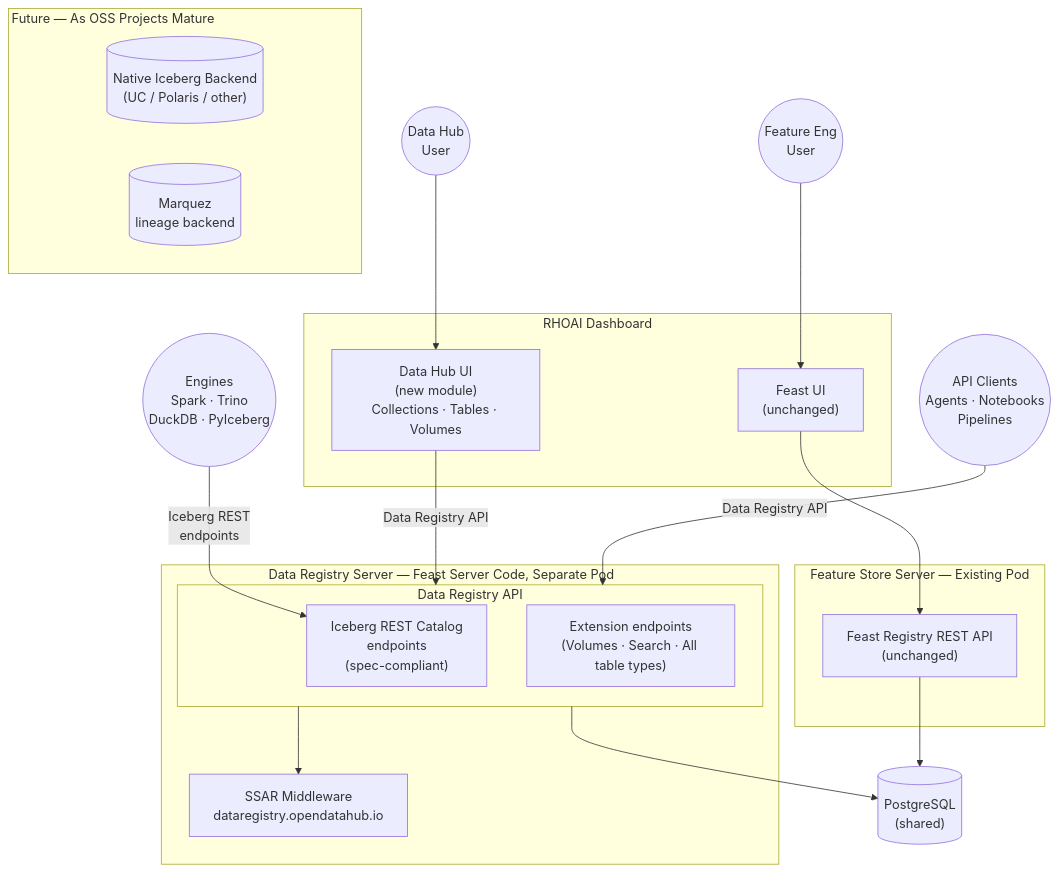
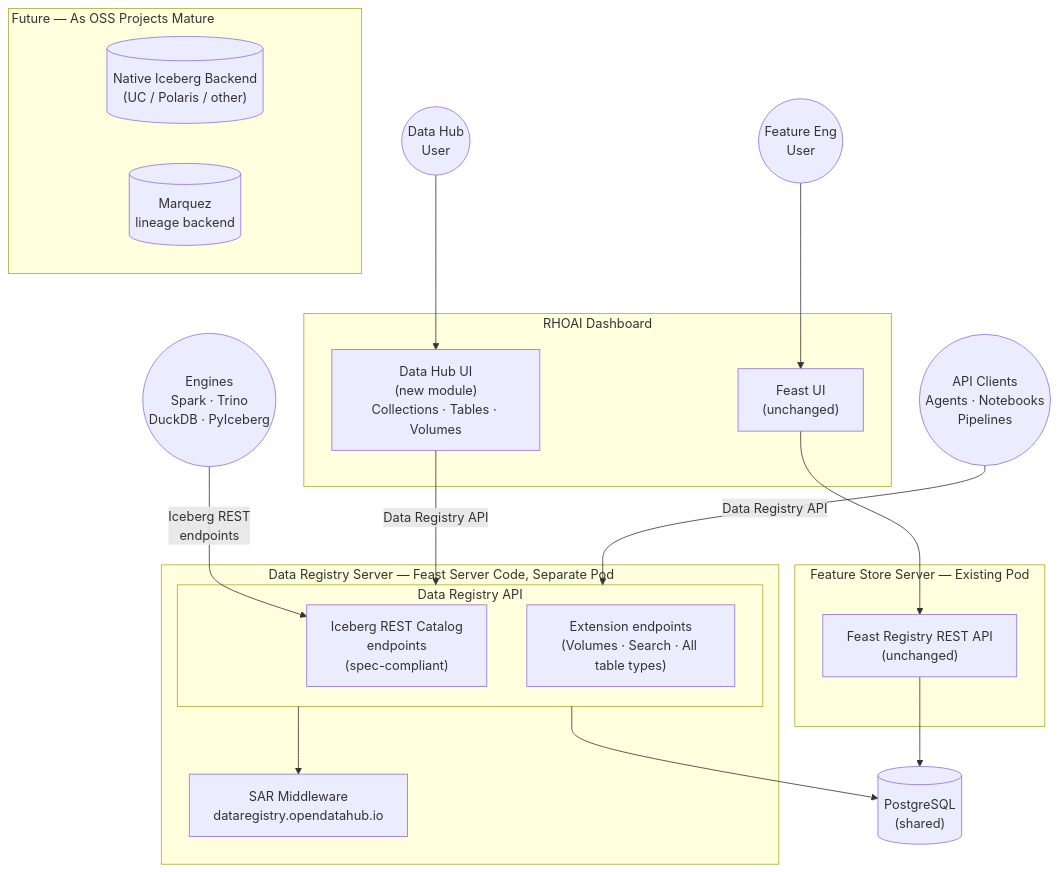
The diagram in architecture-decision-records/data-registry/ODH-ADR-DR-0001-data-registry.md (opendatahub-io/architecture-decision-records), drawn with Mermaid before and after one commit. The commit also changed other lines of this file, not shown here.

First line of the commit message:
ADR-0001: update SSAR to SAR terminology throughout

````diff
--- a/architecture-decision-records/data-registry/ODH-ADR-DR-0001-data-registry.md
+++ b/architecture-decision-records/data-registry/ODH-ADR-DR-0001-data-registry.md
@@ -66,39 +66,39 @@
 ```mermaid
 flowchart TD
     FEUser((Feature Eng<br/>User)) --> FeastUI
     CatUser((Data Hub<br/>User)) --> DataHubUI
     API((API Clients<br/>Agents · Notebooks<br/>Pipelines))
     Engines((Engines<br/>Spark · Trino<br/>DuckDB · PyIceberg))
 
     subgraph dashboard["RHOAI Dashboard"]
         FeastUI["Feast UI<br/>(unchanged)"]
         DataHubUI["Data Hub UI<br/>(new module)<br/>Collections · Tables · Volumes"]
     end
 
     subgraph registry["Data Registry Server — Feast Server Code, Separate Pod&nbsp;&nbsp;&nbsp;&nbsp;&nbsp;&nbsp;&nbsp;&nbsp;&nbsp;&nbsp;&nbsp;&nbsp;&nbsp;&nbsp;&nbsp;&nbsp;"]
         subgraph registryapi["Data Registry API"]
             IcebergEndpoints["Iceberg REST Catalog<br/>endpoints<br/>(spec-compliant)"]
             Extensions["Extension endpoints<br/>(Volumes · Search · All table types)"]
         end
-        SSAR["SSAR Middleware<br/>dataregistry.opendatahub.io"]
-        registryapi --> SSAR
+        SAR["SAR Middleware<br/>dataregistry.opendatahub.io"]
+        registryapi --> SAR
     end
 
     subgraph feast["Feature Store Server — Existing Pod"]
         FeastAPI["Feast Registry REST API<br/>(unchanged)"]
     end
 
     DB[("PostgreSQL<br/>(shared)")]
     registryapi --> DB
     FeastAPI --> DB
 
     FeastUI --> FeastAPI
     DataHubUI -- "Data Registry API" --> registryapi
     API -- "Data Registry API" --> registryapi
     Engines -- "Iceberg REST<br/>endpoints" --> IcebergEndpoints
 
     subgraph future["Future — As OSS Projects Mature&nbsp;&nbsp;&nbsp;&nbsp;&nbsp;&nbsp;&nbsp;&nbsp;&nbsp;&nbsp;&nbsp;&nbsp;&nbsp;&nbsp;&nbsp;&nbsp;&nbsp;&nbsp;&nbsp;&nbsp;&nbsp;&nbsp;&nbsp;&nbsp;&nbsp;&nbsp;&nbsp;&nbsp;&nbsp;&nbsp;&nbsp;&nbsp;&nbsp;&nbsp;&nbsp;&nbsp;&nbsp;&nbsp;&nbsp;&nbsp;"]
         UC[("Native Iceberg Backend<br/>(UC / Polaris / other)")]
         Marquez[("Marquez<br/>lineage backend")]
     end
 ```
````
